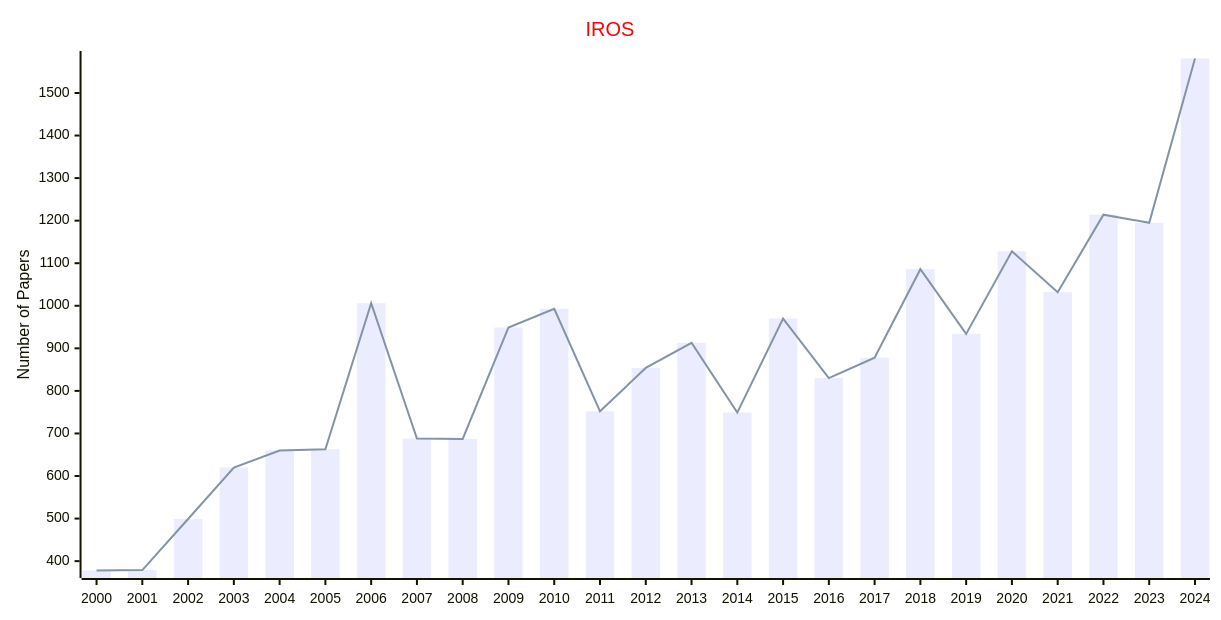
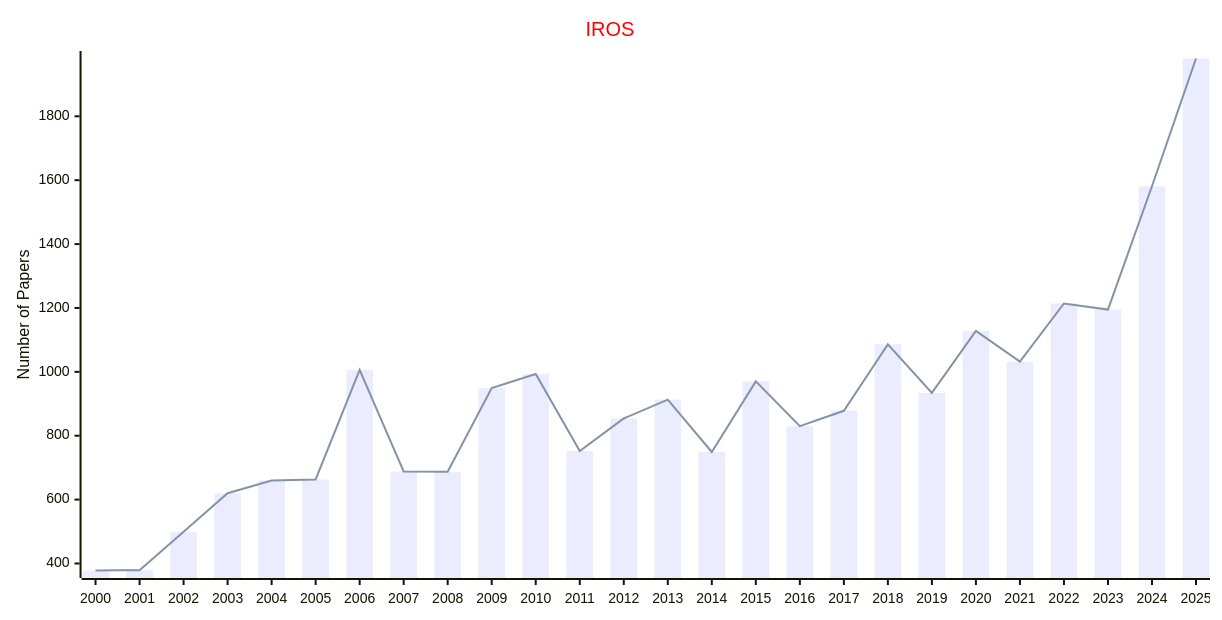
One commit to Easy-PhD/AILinks changed the ninth of 11 diagrams in docs/data/Conferences/Publishers_Conferences/IEEE.md. Above: the diagram before and after it, drawn with Mermaid. The commit also changed 10 other files, not shown here.

````diff
--- a/docs/data/Conferences/Publishers_Conferences/IEEE.md
+++ b/docs/data/Conferences/Publishers_Conferences/IEEE.md
@@ -203,17 +203,17 @@
 ```mermaid
 ---
 config:
     xyChart:
         width: 1200
         height: 600
     themeVariables:
         xyChart:
             titleColor: "#ff0000"
 ---
 xychart-beta
     title "IROS"
-    x-axis [2000, 2001, 2002, 2003, 2004, 2005, 2006, 2007, 2008, 2009, 2010, 2011, 2012, 2013, 2014, 2015, 2016, 2017, 2018, 2019, 2020, 2021, 2022, 2023, 2024]
+    x-axis [2000, 2001, 2002, 2003, 2004, 2005, 2006, 2007, 2008, 2009, 2010, 2011, 2012, 2013, 2014, 2015, 2016, 2017, 2018, 2019, 2020, 2021, 2022, 2023, 2024, 2025]
     y-axis "Number of Papers"
-    bar [378, 379, 499, 620, 660, 663, 1006, 688, 687, 949, 993, 752, 854, 913, 749, 970, 830, 878, 1086, 934, 1128, 1032, 1214, 1195, 1581]
-    line [378, 379, 499, 620, 660, 663, 1006, 688, 687, 949, 993, 752, 854, 913, 749, 970, 830, 878, 1086, 934, 1128, 1032, 1214, 1195, 1581]
+    bar [378, 379, 499, 620, 660, 663, 1006, 688, 687, 949, 993, 752, 854, 913, 749, 970, 830, 878, 1086, 934, 1128, 1032, 1214, 1195, 1581, 1981]
+    line [378, 379, 499, 620, 660, 663, 1006, 688, 687, 949, 993, 752, 854, 913, 749, 970, 830, 878, 1086, 934, 1128, 1032, 1214, 1195, 1581, 1981]
 ```
````
